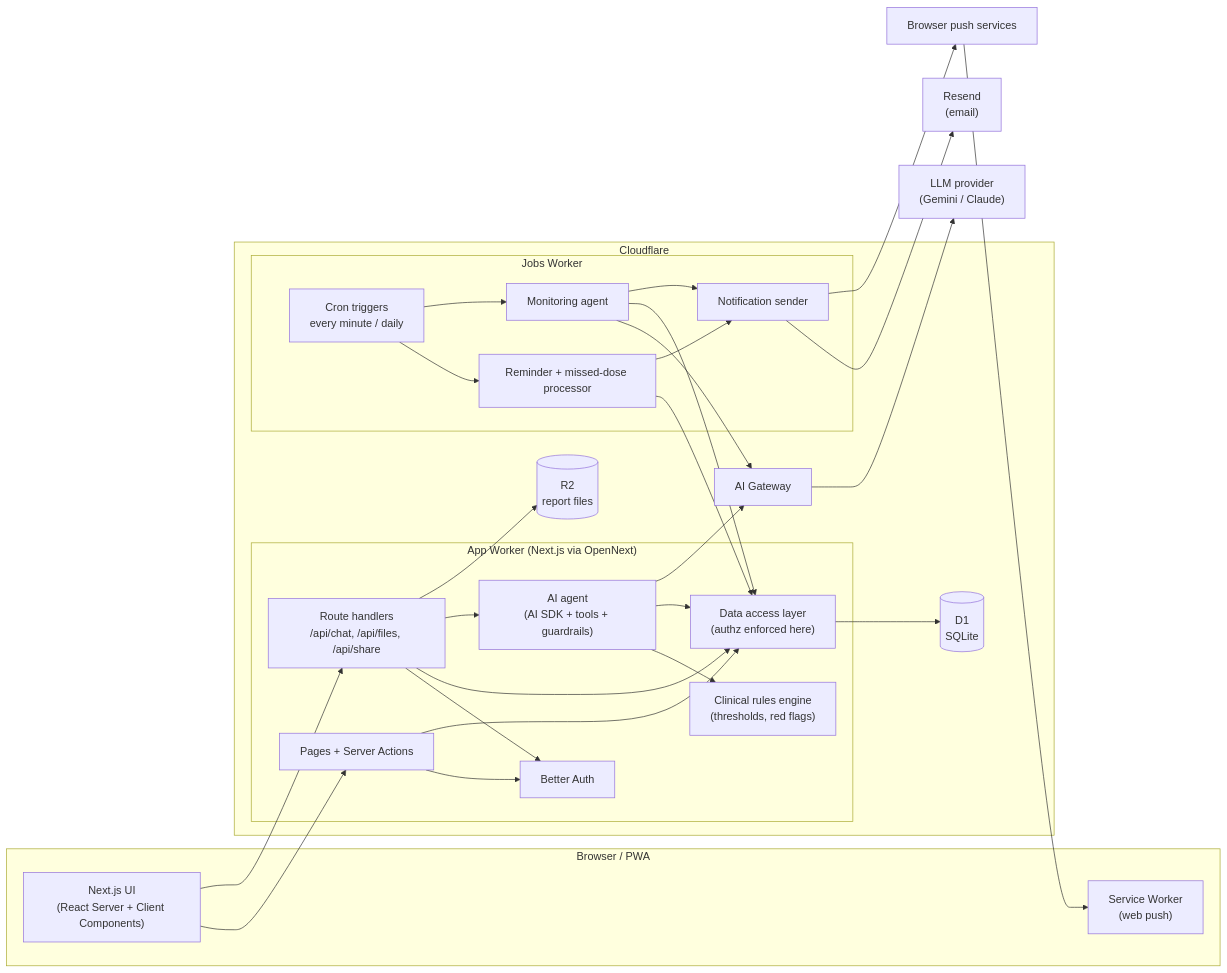
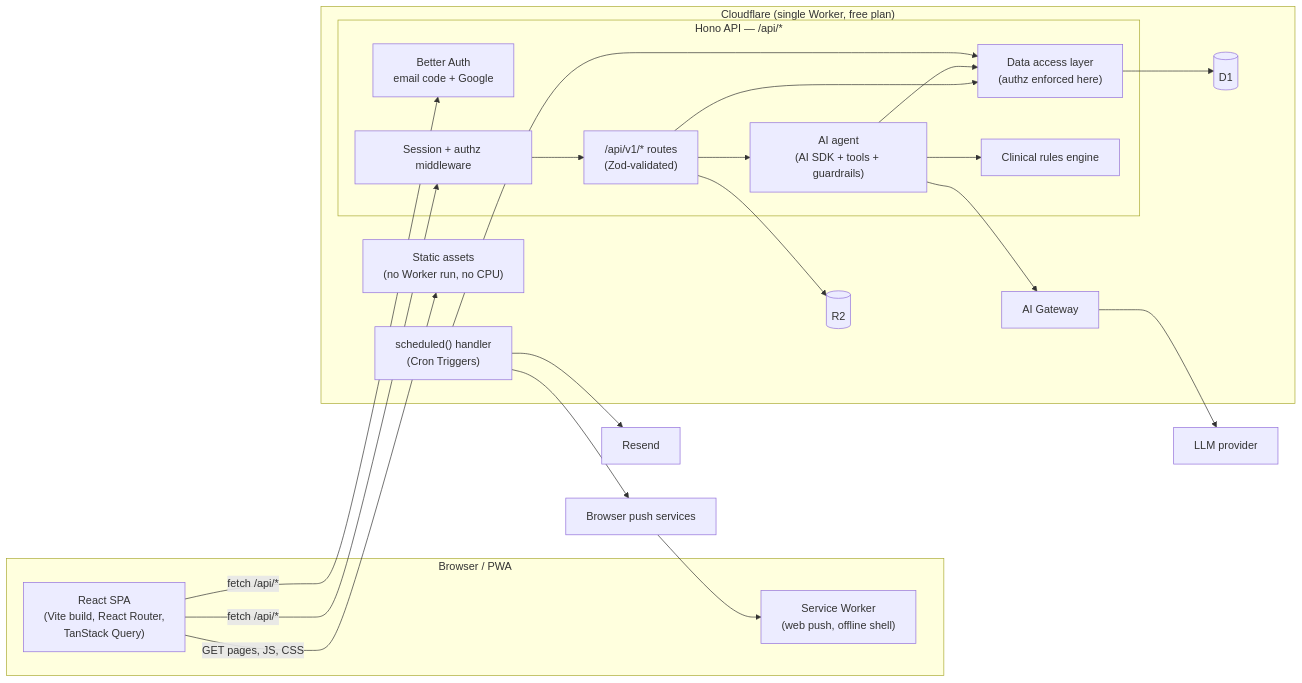
One commit to murtuza777/HealthCare.Ai changed the diagram in docs/TECH_PLAN.md. Above: the diagram before and after it, drawn with Mermaid. The commit also changed other lines of this file and 1 other file, not shown here.

First line of the commit message:
docs: switch architecture to SPA + Hono API on the free Workers plan

````diff
--- a/docs/TECH_PLAN.md
+++ b/docs/TECH_PLAN.md
@@ -52,54 +57,38 @@
 ```mermaid
 flowchart LR
-    subgraph Client["Browser / PWA"]
-        UI["Next.js UI<br/>(React Server + Client Components)"]
-        SW["Service Worker<br/>(web push)"]
+    subgraph Browser["Browser / PWA"]
+        SPA["React SPA<br/>(Vite build, React Router,<br/>TanStack Query)"]
+        SW["Service Worker<br/>(web push, offline shell)"]
     end
 
-    subgraph CF["Cloudflare"]
-        subgraph App["App Worker (Next.js via OpenNext)"]
-            RSC["Pages + Server Actions"]
-            API["Route handlers<br/>/api/chat, /api/files, /api/share"]
-            AUTH["Better Auth"]
+    subgraph CF["Cloudflare (single Worker, free plan)"]
+        ASSETS["Static assets<br/>(no Worker run, no CPU)"]
+        subgraph API["Hono API — /api/*"]
+            AUTH["Better Auth<br/>email code + Google"]
+            MW["Session + authz middleware"]
+            ROUTES["/api/v1/* routes<br/>(Zod-validated)"]
             DAL["Data access layer<br/>(authz enforced here)"]
             AGENT["AI agent<br/>(AI SDK + tools + guardrails)"]
-            RULES["Clinical rules engine<br/>(thresholds, red flags)"]
+            RULES["Clinical rules engine"]
         end
-
-        subgraph Jobs["Jobs Worker"]
-            CRON["Cron triggers<br/>every minute / daily"]
-            REM["Reminder + missed-dose processor"]
-            MON["Monitoring agent"]
-            NOTIFY["Notification sender"]
-        end
-
-        D1[("D1<br/>SQLite")]
-        R2[("R2<br/>report files")]
+        CRON["scheduled() handler<br/>(Cron Triggers)"]
+        D1[("D1")]
+        R2[("R2")]
         GW["AI Gateway"]
     end
 
-    LLM["LLM provider<br/>(Gemini / Claude)"]
-    EMAIL["Resend<br/>(email)"]
+    LLM["LLM provider"]
+    EMAIL["Resend"]
     PUSH["Browser push services"]
 
-    UI --> RSC
-    UI --> API
-    RSC --> AUTH
-    RSC --> DAL
-    API --> AUTH
-    API --> DAL
-    API --> AGENT
-    AGENT --> RULES
+    SPA -->|"GET pages, JS, CSS"| ASSETS
+    SPA -->|"fetch /api/*"| AUTH
+    SPA -->|"fetch /api/*"| MW --> ROUTES --> DAL --> D1
+    ROUTES --> R2
+    ROUTES --> AGENT --> RULES
     AGENT --> DAL
     AGENT --> GW --> LLM
-    DAL --> D1
-    API --> R2
-
-    CRON --> REM --> DAL
-    CRON --> MON --> GW
-    MON --> DAL
-    REM --> NOTIFY
-    MON --> NOTIFY
-    NOTIFY --> EMAIL
-    NOTIFY --> PUSH --> SW
+    CRON --> DAL
+    CRON --> EMAIL
+    CRON --> PUSH --> SW
 ```
````
